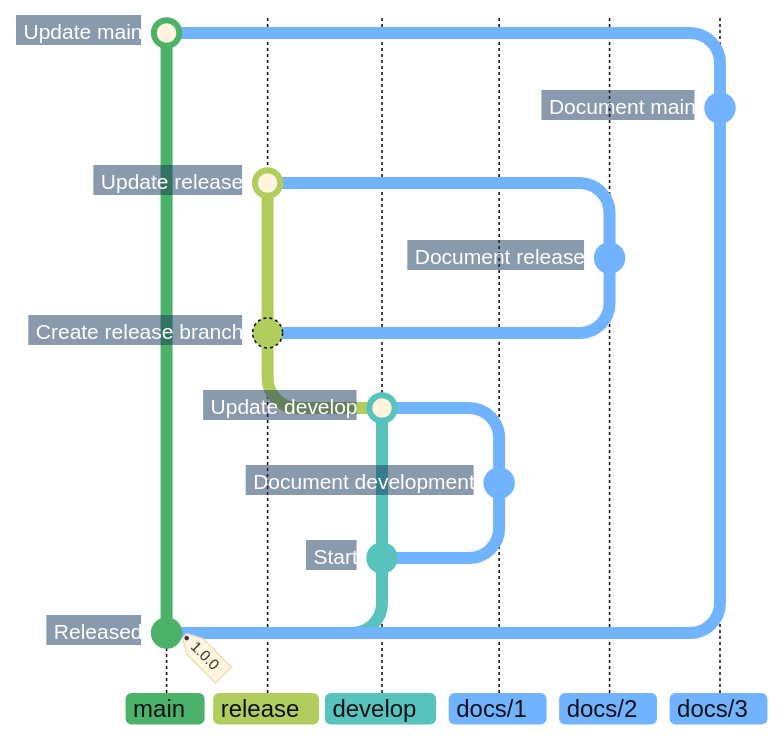
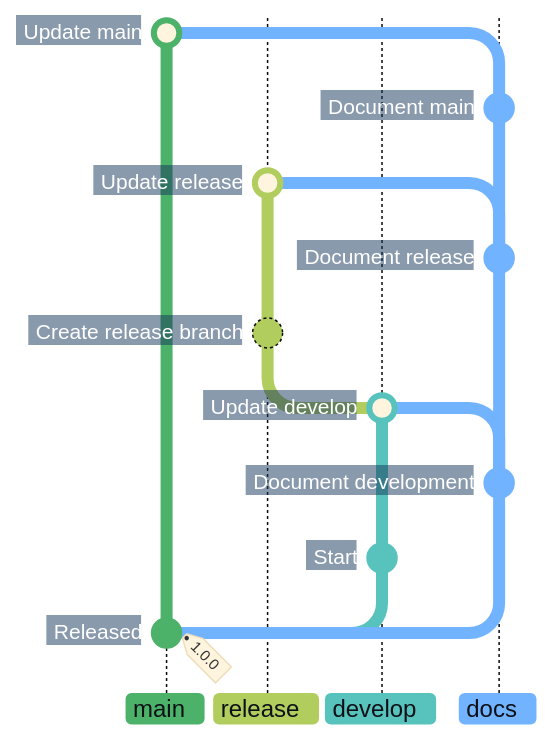
One commit to superhero/operations.superduper.solutions changed the third of 3 diagrams in docs/adr/cicd.md. Above: the diagram before and after it, drawn with Mermaid. The commit also changed other lines of this file, not shown here.

Commit message:
docs: reuse one documentation branch across merge targets

````diff
--- a/docs/adr/cicd.md
+++ b/docs/adr/cicd.md
@@ -122,31 +124,29 @@
 ```mermaid
 %%{init: {"theme": "base", "themeCSS": "line.branch { stroke: #8B949E; stroke-width: 1px; stroke-dasharray: 1 4; stroke-linecap: round; } .branchLabel, .tag-label { font-weight: 700; } .tag-label-bkg, .commit-label-bkg { opacity: 0.9; } .tag-label-bkg { fill: #B8E6C4; stroke: #8ED3A2; } .branchLabelBkg { opacity: 1; clip-path: inset(0 8px 0 0 round 4px) fill-box; } .commit-labels g:nth-last-of-type(-n+2) { visibility: hidden; } .commit-labels g { transform-box: fill-box; transform-origin: calc(100% + 17px) calc(50% + 2px); transform: rotate(-10deg); } .commit-label { font-weight: 700; transform: translateX(-8px); } .commit-label-bkg { stroke: #17365D; stroke-width: 20px; transform: translateX(-5px); clip-path: polygon(-4px -4px, calc(100% + 4px) -4px, calc(100% + 10px) 50%, calc(100% + 4px) calc(100% + 4px), -4px calc(100% + 4px)) fill-box; } .commit.branch { stroke: #B1CD5E; stroke-dasharray: none; }", "gitGraph": {"showCommitLabel": true, "rotateCommitLabel": false}, "themeVariables": {
     "commitLabelFontSize": "14px", "commitLabelColor": "#FFFFFF", "commitLabelBackground": "#17365D",
     "git0": "#4CB269", "gitBranchLabel0": "#0D1117",
     "git1": "#B1CD5E", "gitBranchLabel1": "#0D1117",
     "git2": "#57C3BC", "gitBranchLabel2": "#0D1117",
-    "git3": "#71B3FF", "gitBranchLabel3": "#0D1117",
-    "git4": "#71B3FF", "gitBranchLabel4": "#0D1117",
-    "git5": "#71B3FF", "gitBranchLabel5": "#0D1117"
+    "git3": "#71B3FF", "gitBranchLabel3": "#0D1117"
 }}}%%
 gitGraph BT:
     %% Hide the two initial notes while retaining their branch connections.
     commit id: "Released" tag: "1.0.0"
     branch develop order: 2
     commit id: "Start"
-    branch "docs/1" order: 3
+    checkout main
+    branch docs order: 3
     commit id: "Document development"
     checkout develop
-    merge "docs/1" id: "Update develop"
+    merge docs id: "Update develop"
     branch release order: 1
     commit id: "Create release branch"
-    branch "docs/2" order: 4
+    checkout docs
     commit id: "Document release"
     checkout release
-    merge "docs/2" id: "Update release"
-    checkout main
-    branch "docs/3" order: 5
+    merge docs id: "Update release"
+    checkout docs
     commit id: "Document main"
     checkout main
-    merge "docs/3" id: "Update main"
+    merge docs id: "Update main"
 ```
````
